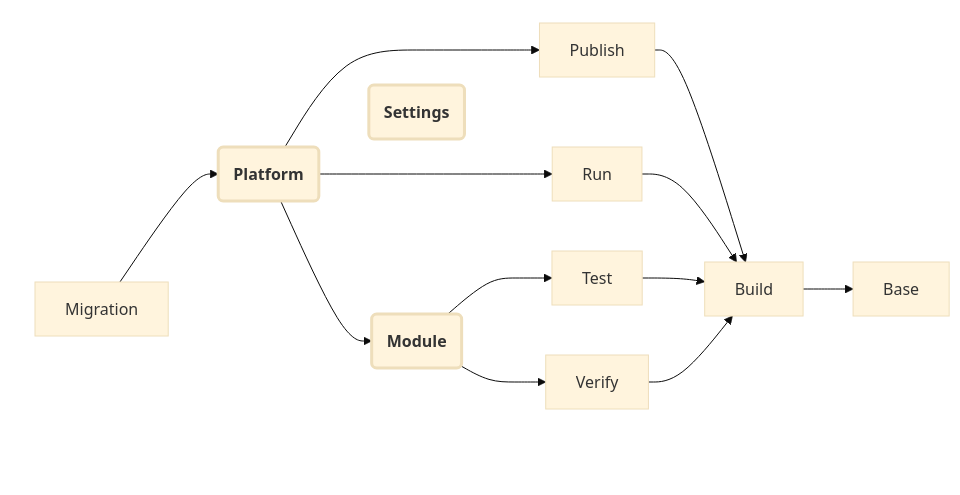
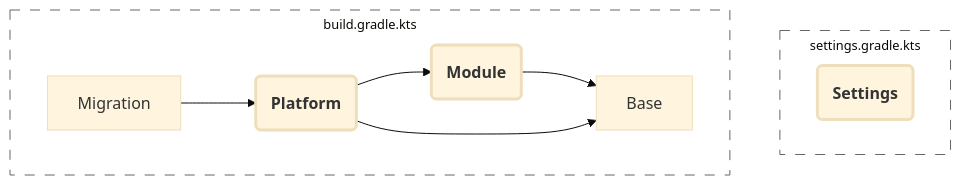
One commit to JetBrains/intellij-sdk-docs changed the diagram in topics/appendix/tools/intellij_platform_gradle_plugin/tools_intellij_platform_gradle_plugin_plugins.md. Above: the diagram before and after it, drawn with Mermaid (base theme). The commit also changed other lines of this file, not shown here.

Commit message:
[IntelliJ Platform Gradle Plugin] update tools_intellij_platform_gradle_plugin_plugins.md page

````diff
--- a/topics/appendix/tools/intellij_platform_gradle_plugin/tools_intellij_platform_gradle_plugin_plugins.md
+++ b/topics/appendix/tools/intellij_platform_gradle_plugin/tools_intellij_platform_gradle_plugin_plugins.md
@@ -21,48 +16,30 @@
 ```mermaid
-flowchart LR
-    Platform("<b>Platform</b>")
-    Module("<b>Module</b>")
-    Settings("<b>Settings</b>")
-    Migration
+flowchart TB
 
-    Base
-    Build
-    Test
-    Verify
-    Run
-    Publish
-
-    Build --> Base
-    Publish --> Build
-    Run --> Build
-    Test --> Build
-    Verify --> Build
-    Module --> Test & Verify
-    Platform --> Publish & Run & Module
-
-    subgraph ALL ["` `"]
-            Settings
-            Platform
-            Module
-            Migration
+    subgraph SETTINGS_LEVEL ["<div style='margin: 5px auto; font-size: 0.8rem'>settings.gradle.kts</div>"]
+        Settings("<b>Settings</b>")
     end
 
+    subgraph PROJECT_LEVEL ["<div style='margin: 5px auto; font-size: 0.8rem'>build.gradle.kts</div>"]
+        Platform("<b>Platform</b>")
+        Module("<b>Module</b>")
+        Migration
+        Base
+    end
+
+    Module --> Base
+    Platform --> Module & Base
     Migration --> Platform
-    Migration ~~~ Build
 
     click Platform "#platform"
     click Module "#module"
     click Settings "#settings"
     click Migration "#migration"
     click Base "#base"
-    click Build "#build"
-    click Test "#test"
-    click Verify "#verify"
-    click Run "#run"
-    click Publish "#publish"
 
     style Platform stroke-width: 3px
     style Module stroke-width: 3px
     style Settings stroke-width: 3px
-    style ALL fill:transparent,stroke:transparent
+    style SETTINGS_LEVEL fill:transparent,stroke:#666,stroke-dasharray: 10 10
+    style PROJECT_LEVEL fill:transparent,stroke:#666,stroke-dasharray: 10 10
 ```
````
